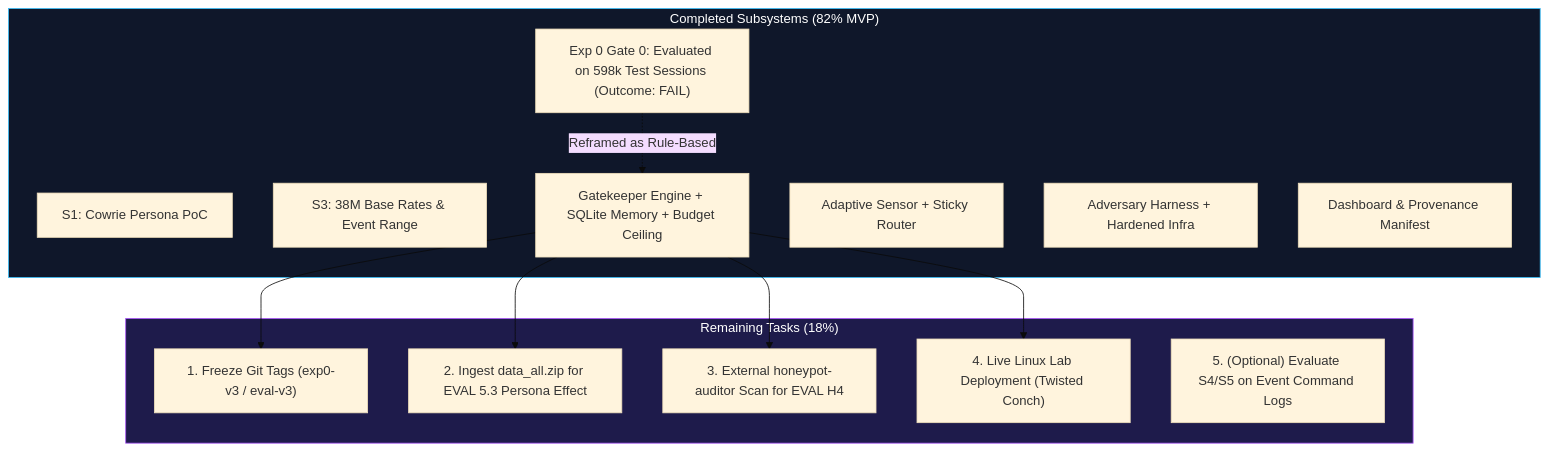
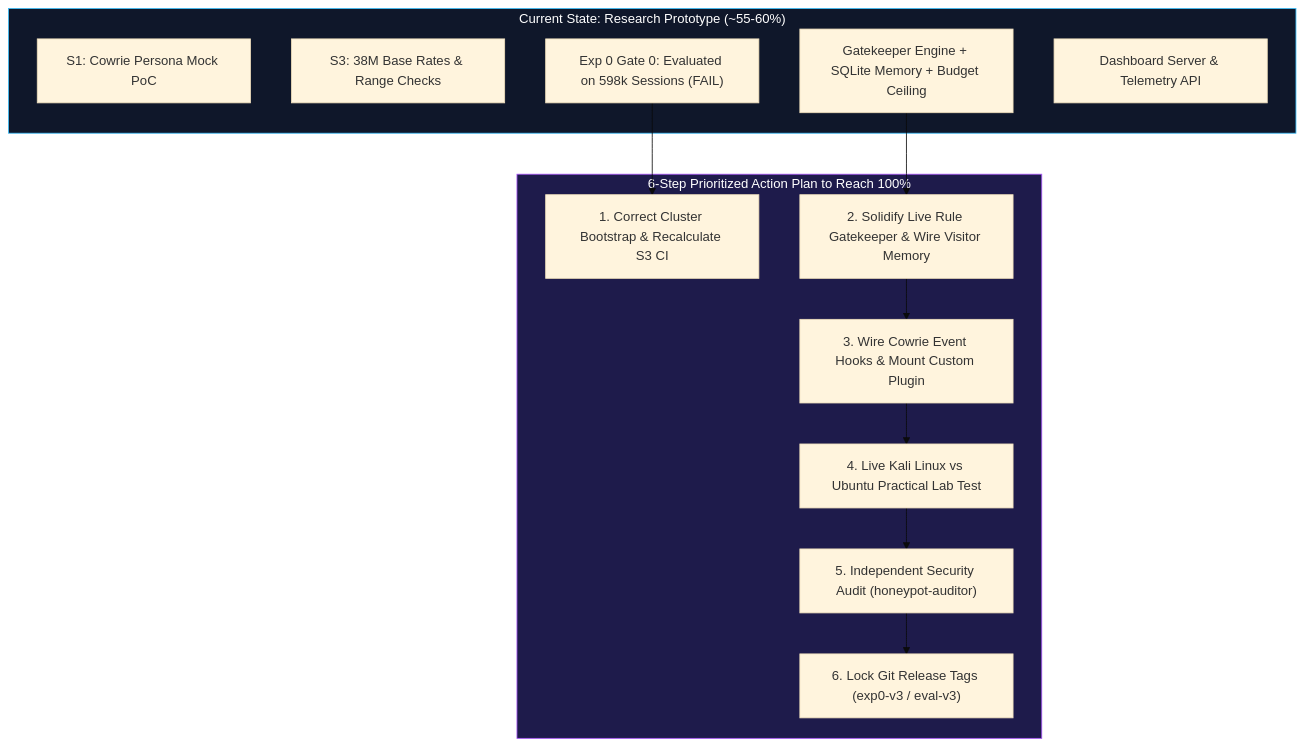
One commit to abhinavsingh2403/Schrodinger-s-Server changed the diagram in README.md. Above: the diagram before and after it, drawn with Mermaid (base theme). The commit also changed other lines of this file and 5 other files, not shown here.

First line of the commit message:
fix(recalibration): recalibrate maturity metrics to 55-60%, reconcile sensor keys, wire visitor memory, and document 6-step roadmap

````diff
--- a/README.md
+++ b/README.md
@@ -118,29 +123,29 @@
 ```mermaid
 flowchart TD
-    subgraph Done["Completed Subsystems (82% MVP)"]
-        S1["S1: Cowrie Persona PoC"]
-        S3["S3: 38M Base Rates & Event Range"]
-        EXP0["Exp 0 Gate 0: Evaluated on 598k Test Sessions (Outcome: FAIL)"]
+    subgraph Done["Current State: Research Prototype (~55-60%)"]
+        S1["S1: Cowrie Persona Mock PoC"]
+        S3["S3: 38M Base Rates & Range Checks"]
+        EXP0["Exp 0 Gate 0: Evaluated on 598k Sessions (FAIL)"]
         GK["Gatekeeper Engine + SQLite Memory + Budget Ceiling"]
-        SENSOR["Adaptive Sensor + Sticky Router"]
-        HARNESS["Adversary Harness + Hardened Infra"]
-        DASH["Dashboard & Provenance Manifest"]
+        DASH["Dashboard Server & Telemetry API"]
     end
 
-    subgraph Pending["Remaining Tasks (18%)"]
-        TAGS["1. Freeze Git Tags (exp0-v3 / eval-v3)"]
-        NAT_EXP["2. Ingest data_all.zip for EVAL 5.3 Persona Effect"]
-        H4_SCAN["3. External honeypot-auditor Scan for EVAL H4"]
-        LINUX_RUN["4. Live Linux Lab Deployment (Twisted Conch)"]
-        S4_CMD["5. (Optional) Evaluate S4/S5 on Event Command Logs"]
+    subgraph Priorities["6-Step Prioritized Action Plan to Reach 100%"]
+        P1["1. Correct Cluster Bootstrap & Recalculate S3 CI"]
+        P2["2. Solidify Live Rule Gatekeeper & Wire Visitor Memory"]
+        P3["3. Wire Cowrie Event Hooks & Mount Custom Plugin"]
+        P4["4. Live Kali Linux vs Ubuntu Practical Lab Test"]
+        P5["5. Independent Security Audit (honeypot-auditor)"]
+        P6["6. Lock Git Release Tags (exp0-v3 / eval-v3)"]
     end
 
-    EXP0 -. Reframed as Rule-Based .-> GK
-    GK --> TAGS
-    GK --> NAT_EXP
-    GK --> H4_SCAN
-    GK --> LINUX_RUN
+    EXP0 --> P1
+    GK --> P2
+    P2 --> P3
+    P3 --> P4
+    P4 --> P5
+    P5 --> P6
 
     style Done fill:#0f172a,stroke:#38bdf8,stroke-width:1px,color:#fff
-    style Pending fill:#1e1b4b,stroke:#a855f7,stroke-width:1px,color:#fff
+    style Priorities fill:#1e1b4b,stroke:#a855f7,stroke-width:1px,color:#fff
 ```
````
